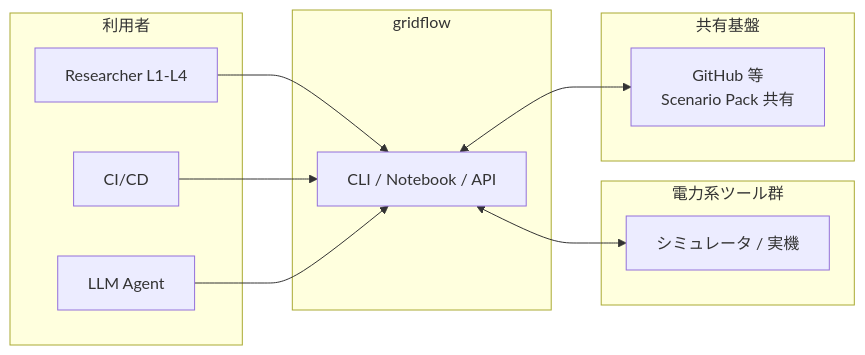
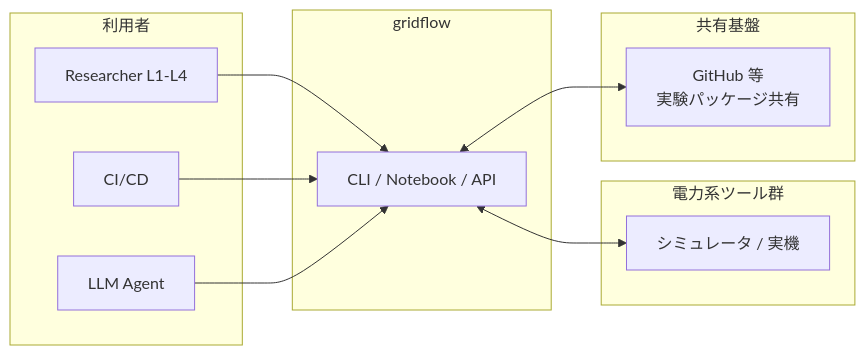
The first of 5 diagrams in docs/architecture/03_static_view.md (bottlenome/gridflow), drawn with Mermaid before and after one commit. The commit also changed other lines of this file, not shown here.

First line of the commit message:
docs: improve 3.1.2 — add Scenario Pack introduction and remove external refs

````diff
--- a/docs/architecture/03_static_view.md
+++ b/docs/architecture/03_static_view.md
@@ -9,26 +9,26 @@
 ```mermaid
 graph LR
     subgraph "利用者"
         R[Researcher L1-L4]
         CI[CI/CD]
         LLM[LLM Agent]
     end
 
     subgraph "gridflow"
         GF["CLI / Notebook / API"]
     end
 
     subgraph "電力系ツール群"
         T["シミュレータ / 実機"]
     end
 
     subgraph "共有基盤"
-        GH["GitHub 等<br>Scenario Pack 共有"]
+        GH["GitHub 等<br>実験パッケージ共有"]
     end
 
     R --> GF
     CI --> GF
     LLM --> GF
     GF <--> T
     GF <--> GH
 ```
````
